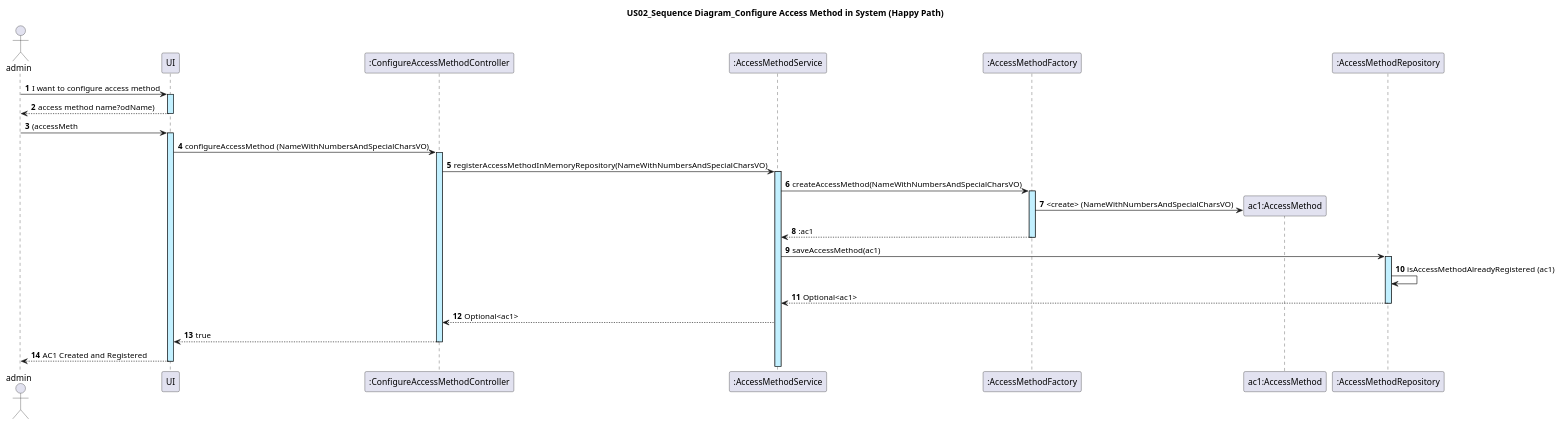
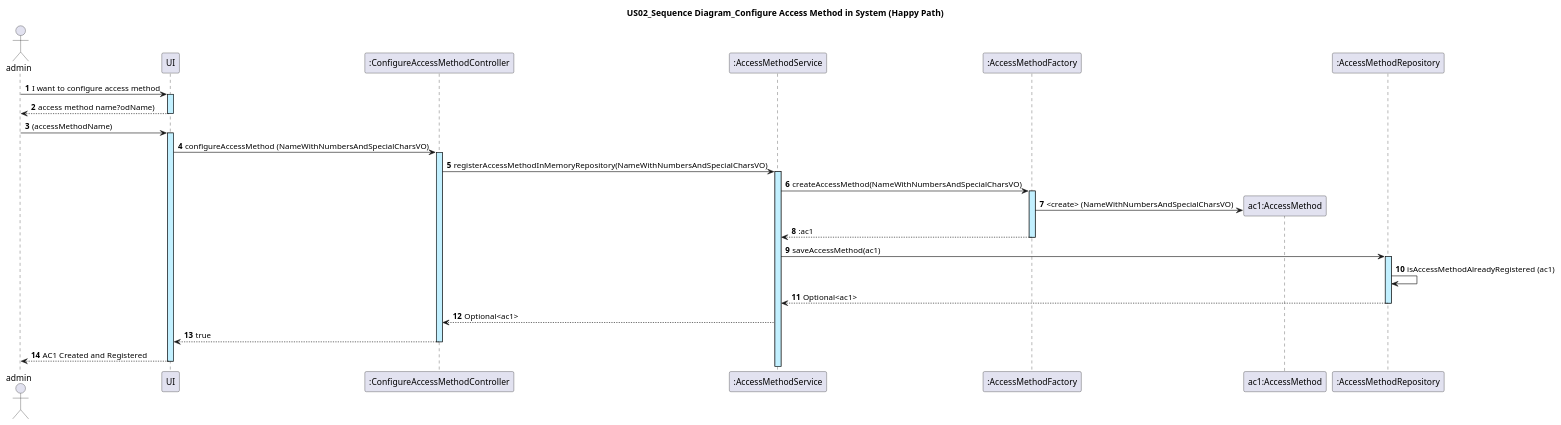
Before and after one commit to GasparISEP/DevOps-PAI: the diagram in docs/US02/US02_ConfigureAccessMethod_SequenceDiagram.puml, drawn with PlantUML.

Commit message:
Refactor message from user to UI. refs #299

```diff
--- a/docs/US02/US02_ConfigureAccessMethod_SequenceDiagram.puml
+++ b/docs/US02/US02_ConfigureAccessMethod_SequenceDiagram.puml
@@ -1,27 +1,27 @@
 @startuml
 actor admin
 autonumber
 
 title: US02_Sequence Diagram_Configure Access Method in System (Happy Path)
 
 admin -> UI ++ #application : I want to configure access method
 UI --> admin -- : access method name?odName)
-admin -> UI ++ #application :(accessMeth
+admin -> UI ++ #application :(accessMethodName)
 UI -> ":ConfigureAccessMethodController" as ConfigureAccessMethodController ++ #application : configureAccessMethod (NameWithNumbersAndSpecialCharsVO)
 ConfigureAccessMethodController -> ":AccessMethodService" ++ #application: registerAccessMethodInMemoryRepository(NameWithNumbersAndSpecialCharsVO)
 
 ":AccessMethodService" -> ":AccessMethodFactory" as AccessMethodFactory ++ #application : createAccessMethod(NameWithNumbersAndSpecialCharsVO)
 create "ac1:AccessMethod" as AccessMethod
 AccessMethodFactory -> AccessMethod  #application  : <create> (NameWithNumbersAndSpecialCharsVO)
 AccessMethodFactory --> ":AccessMethodService" -- : :ac1
 
 ":AccessMethodService" -> ":AccessMethodRepository" as AccessMethodRepository ++ #application : saveAccessMethod(ac1)
 
 AccessMethodRepository -> AccessMethodRepository : isAccessMethodAlreadyRegistered (ac1)
 
 AccessMethodRepository --> ":AccessMethodService" --:  Optional<ac1>
 
 ":AccessMethodService" --> ConfigureAccessMethodController: Optional<ac1>
 ConfigureAccessMethodController --> UI --: true
 UI --> admin --: AC1 Created and Registered
 @enduml
```
